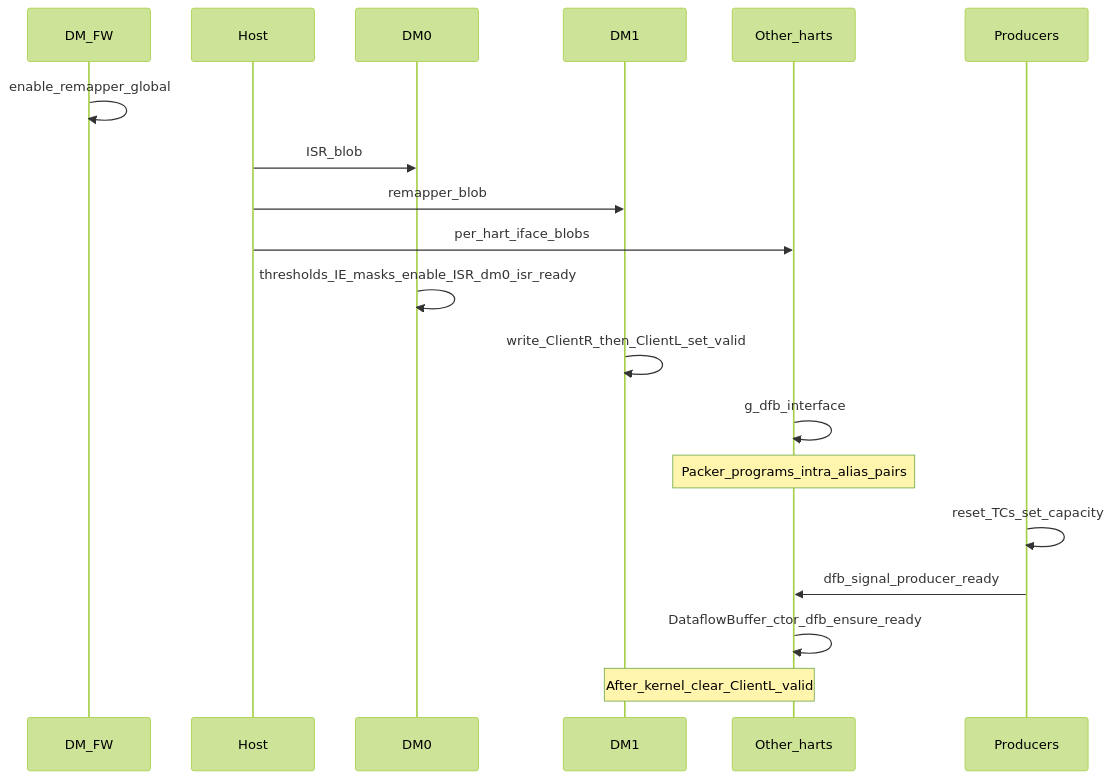
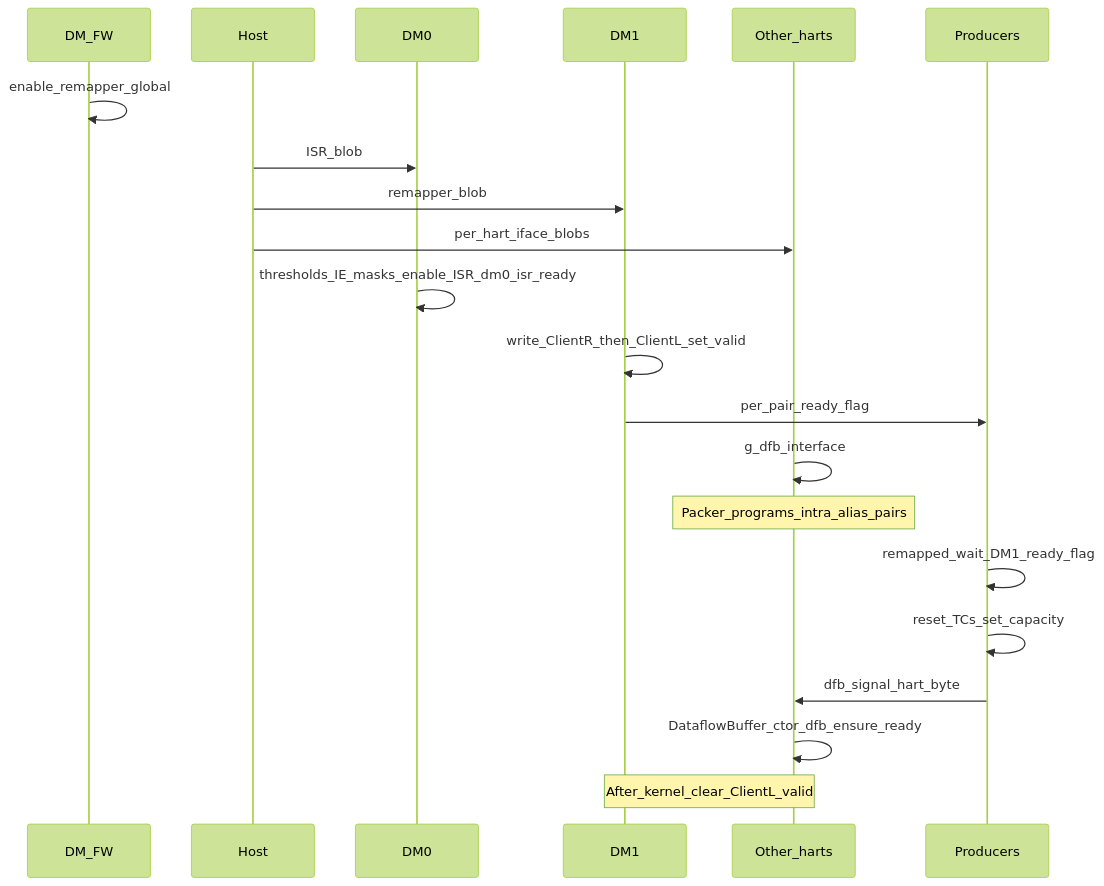
One commit to tenstorrent/tt-metal changed the sixth of 6 diagrams in tt_metal/impl/dataflow_buffer/DataflowBuffer.md. Above: the diagram before and after it, drawn with Mermaid (forest theme). The commit also changed other lines of this file, not shown here.

````diff
--- a/tt_metal/impl/dataflow_buffer/DataflowBuffer.md
+++ b/tt_metal/impl/dataflow_buffer/DataflowBuffer.md
@@ -532,21 +531,23 @@
 ```mermaid
 sequenceDiagram
   participant FW as DM_FW
   participant Host
   participant DM0
   participant DM1
   participant Other as Other_harts
   participant Prod as Producers
   FW->>FW: enable_remapper_global
   Host->>DM0: ISR_blob
   Host->>DM1: remapper_blob
   Host->>Other: per_hart_iface_blobs
   DM0->>DM0: thresholds_IE_masks_enable_ISR_dm0_isr_ready
   DM1->>DM1: write_ClientR_then_ClientL_set_valid
+  DM1->>Prod: per_pair_ready_flag
   Other->>Other: g_dfb_interface
   Note over Other: Packer_programs_intra_alias_pairs
+  Prod->>Prod: remapped_wait_DM1_ready_flag
   Prod->>Prod: reset_TCs_set_capacity
-  Prod->>Other: dfb_signal_producer_ready
+  Prod->>Other: dfb_signal_hart_byte
   Other->>Other: DataflowBuffer_ctor_dfb_ensure_ready
   Note over DM1,Other: After_kernel_clear_ClientL_valid
 ```
````
